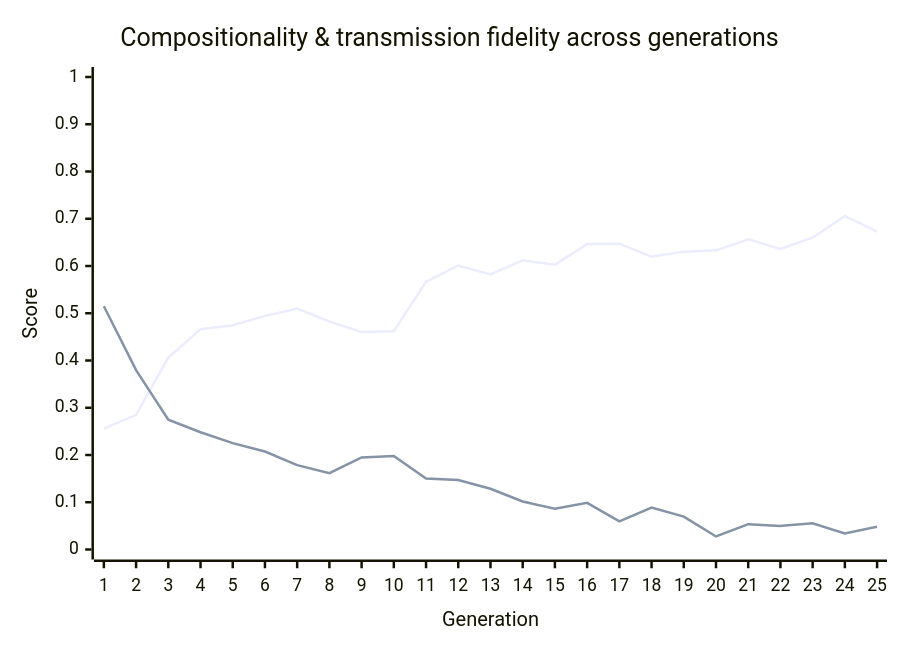
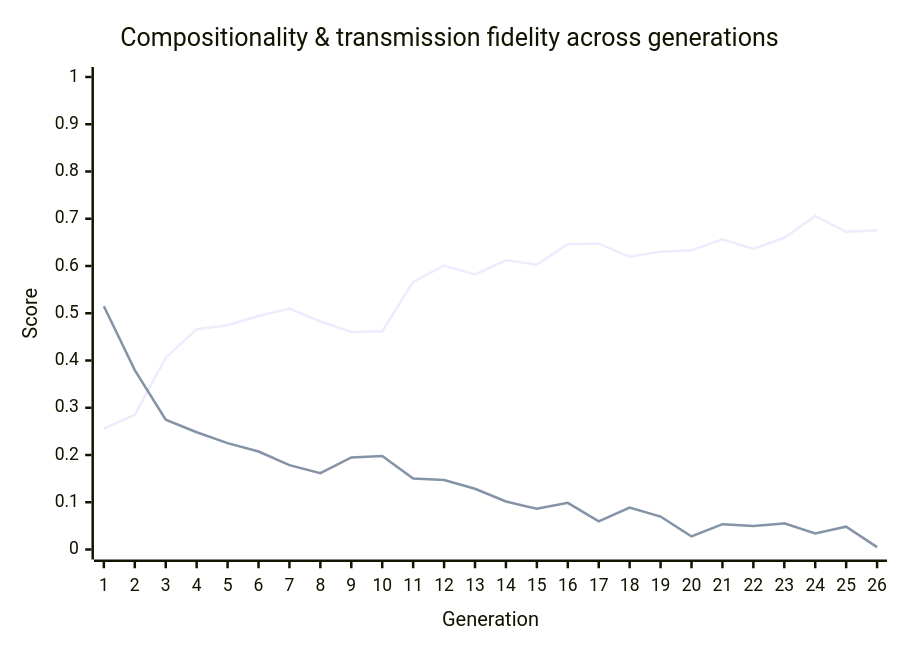
Before and after one commit to nichobbs/traditio: the diagram in metrics/latest-report.md, drawn with Mermaid. The commit also changed other lines of this file and 1 other file, not shown here.

````diff
--- a/metrics/latest-report.md
+++ b/metrics/latest-report.md
@@ -40,8 +40,8 @@
 ```mermaid
 xychart-beta
     title "Compositionality & transmission fidelity across generations"
-    x-axis "Generation" [1, 2, 3, 4, 5, 6, 7, 8, 9, 10, 11, 12, 13, 14, 15, 16, 17, 18, 19, 20, 21, 22, 23, 24, 25]
+    x-axis "Generation" [1, 2, 3, 4, 5, 6, 7, 8, 9, 10, 11, 12, 13, 14, 15, 16, 17, 18, 19, 20, 21, 22, 23, 24, 25, 26]
     y-axis "Score" 0 --> 1
-    line "Compositionality" [0.2559, 0.2849, 0.4060, 0.4663, 0.4745, 0.4941, 0.5099, 0.4826, 0.4603, 0.4619, 0.5665, 0.6011, 0.5822, 0.6121, 0.6029, 0.6464, 0.6473, 0.6195, 0.6304, 0.6332, 0.6566, 0.6361, 0.6598, 0.7061, 0.6725]
-    line "Transmission Fidelity" [0.5148, 0.3796, 0.2746, 0.2481, 0.2251, 0.2074, 0.1785, 0.1615, 0.1949, 0.1977, 0.1504, 0.1472, 0.1286, 0.1016, 0.0861, 0.0987, 0.0594, 0.0888, 0.0697, 0.0276, 0.0536, 0.0500, 0.0553, 0.0339, 0.0483]
+    line "Compositionality" [0.2559, 0.2849, 0.4060, 0.4663, 0.4745, 0.4941, 0.5099, 0.4826, 0.4603, 0.4619, 0.5665, 0.6011, 0.5822, 0.6121, 0.6029, 0.6464, 0.6473, 0.6195, 0.6304, 0.6332, 0.6566, 0.6361, 0.6598, 0.7061, 0.6725, 0.6757]
+    line "Transmission Fidelity" [0.5148, 0.3796, 0.2746, 0.2481, 0.2251, 0.2074, 0.1785, 0.1615, 0.1949, 0.1977, 0.1504, 0.1472, 0.1286, 0.1016, 0.0861, 0.0987, 0.0594, 0.0888, 0.0697, 0.0276, 0.0536, 0.0500, 0.0553, 0.0339, 0.0483, 0.0051]
 ```
````
